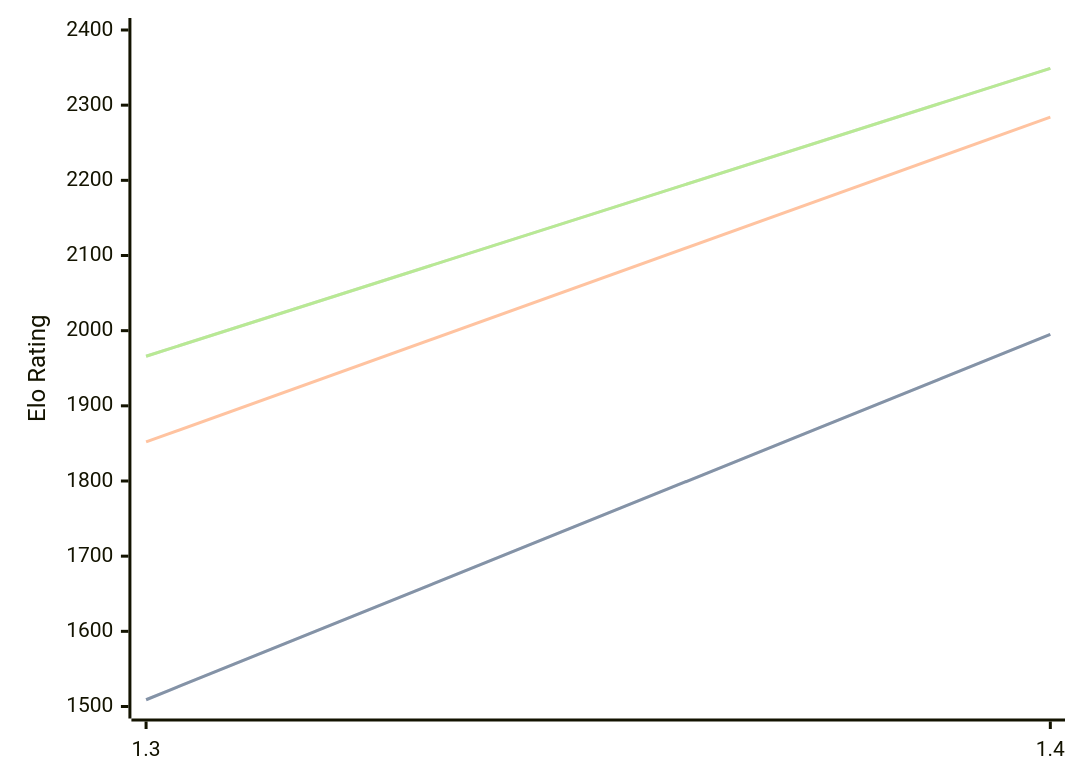
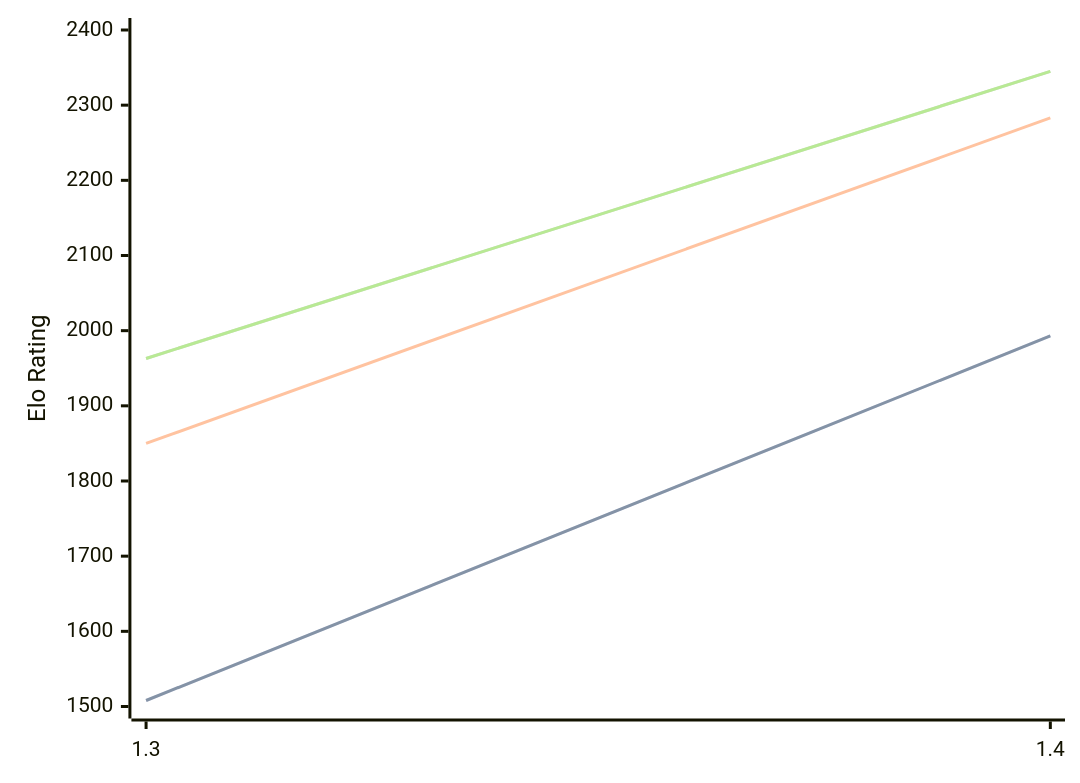
One commit to computer-chess-index/cci changed the diagram in engines/Facon.md. Above: the diagram before and after it, drawn with Mermaid. The commit also changed other lines of this file, not shown here.

Commit message:
Update CCI Ratings (ELO VLTC) - 2026-06-08

````diff
--- a/engines/Facon.md
+++ b/engines/Facon.md
@@ -36,11 +36,11 @@
 ```mermaid
 %%{init: {"theme":"base","themeVariables":{"seriesColors:['#a3a3a3','#222221','#faa371']}}}%%
 xychart-beta
   x-axis ["1.3", "1.4"]
   y-axis "Elo Rating" 1500 --> 2400
-  line "STC (8.0+0.08s)" [1509, 1995]
-  line "STC (8.0+0.08s)" [1509, 1995]
-  line "LTC (60.0+0.60s)" [1852, 2284]
-  line "VLTC (2m24s+1.12s)" [1966, 2349]
-  line "VLTC (2m24s+1.12s)" [1966, 2349]
+  line "STC (8.0+0.08s)" [1508, 1993]
+  line "STC (8.0+0.08s)" [1508, 1993]
+  line "LTC (60.0+0.60s)" [1850, 2283]
+  line "VLTC (2m24s+1.12s)" [1963, 2345]
+  line "VLTC (2m24s+1.12s)" [1963, 2345]
 ```
````
